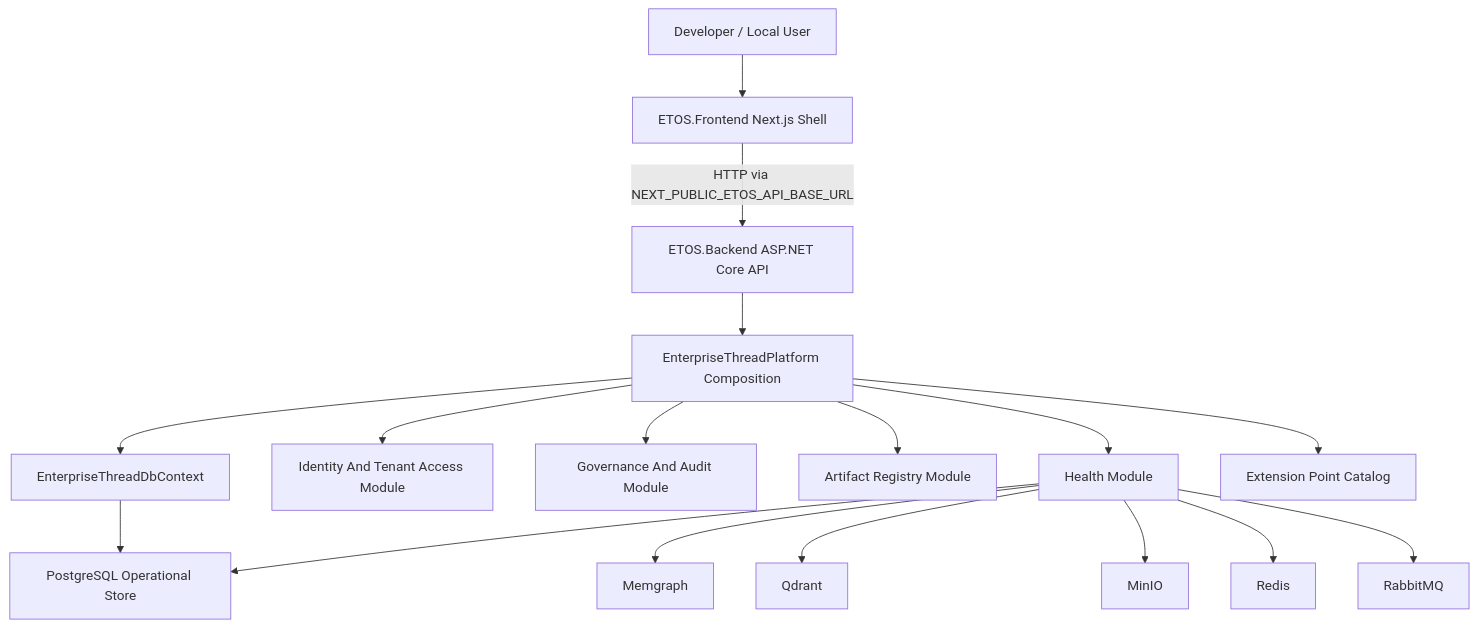
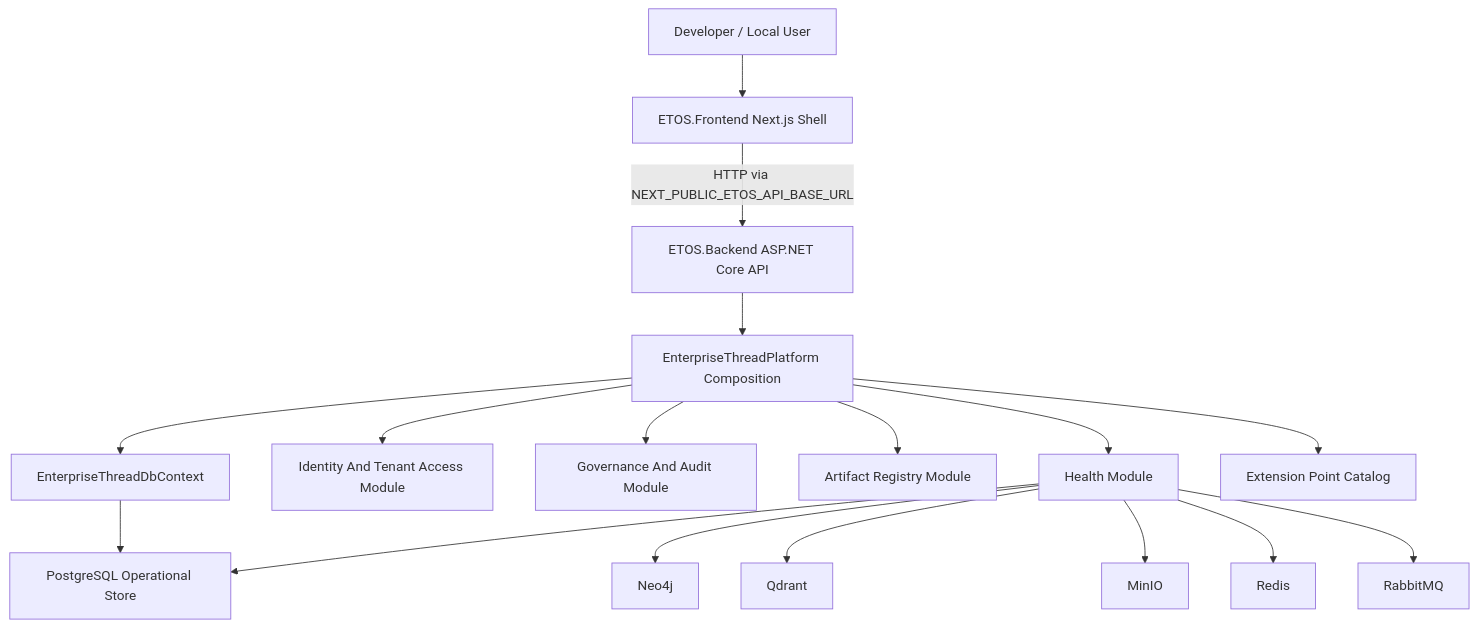
One commit to aribhw1892/EnterpriseThreadOS changed the diagram in ARCHITECTURE.md. Above: the diagram before and after it, drawn with Mermaid. The commit also changed other lines of this file and 38 other files, not shown here.

````diff
--- a/ARCHITECTURE.md
+++ b/ARCHITECTURE.md
@@ -9,21 +9,21 @@
 ```mermaid
 flowchart TB
     user["Developer / Local User"] --> frontend["ETOS.Frontend Next.js Shell"]
     frontend -->|"HTTP via NEXT_PUBLIC_ETOS_API_BASE_URL"| backend["ETOS.Backend ASP.NET Core API"]
 
     backend --> platform["EnterpriseThreadPlatform Composition"]
     platform --> health["Health Module"]
     platform --> identity["Identity And Tenant Access Module"]
     platform --> governance["Governance And Audit Module"]
     platform --> artifacts["Artifact Registry Module"]
     platform --> persistence["EnterpriseThreadDbContext"]
     platform --> extensions["Extension Point Catalog"]
 
     persistence --> postgres["PostgreSQL Operational Store"]
     health --> postgres
-    health --> memgraph["Memgraph"]
+    health --> neo4j["Neo4j"]
     health --> qdrant["Qdrant"]
     health --> minio["MinIO"]
     health --> redis["Redis"]
     health --> rabbitmq["RabbitMQ"]
 ```
````
